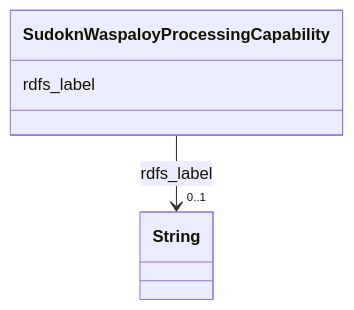
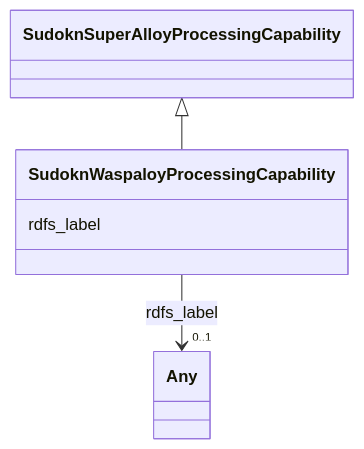
The diagram in sudokn-kg/classes/SudoknWaspaloyProcessingCapability.md (frink-okn/graph-descriptions), drawn with Mermaid before and after one commit. The commit also changed other lines of this file and 903 other files, not shown here.

````diff
--- a/sudokn-kg/classes/SudoknWaspaloyProcessingCapability.md
+++ b/sudokn-kg/classes/SudoknWaspaloyProcessingCapability.md
@@ -23,15 +18,18 @@
 ```mermaid
  classDiagram
     class SudoknWaspaloyProcessingCapability
     click SudoknWaspaloyProcessingCapability href "../SudoknWaspaloyProcessingCapability"
+      SudoknSuperAlloyProcessingCapability <|-- SudoknWaspaloyProcessingCapability
+        click SudoknSuperAlloyProcessingCapability href "../SudoknSuperAlloyProcessingCapability"
+      
       SudoknWaspaloyProcessingCapability : rdfs_label
         
           
     
     
-    SudoknWaspaloyProcessingCapability --> "0..1" String : rdfs_label
-    click String href "../String"
+    SudoknWaspaloyProcessingCapability --> "0..1" Any : rdfs_label
+    click Any href "../Any"
 
         
       
 ```
````
